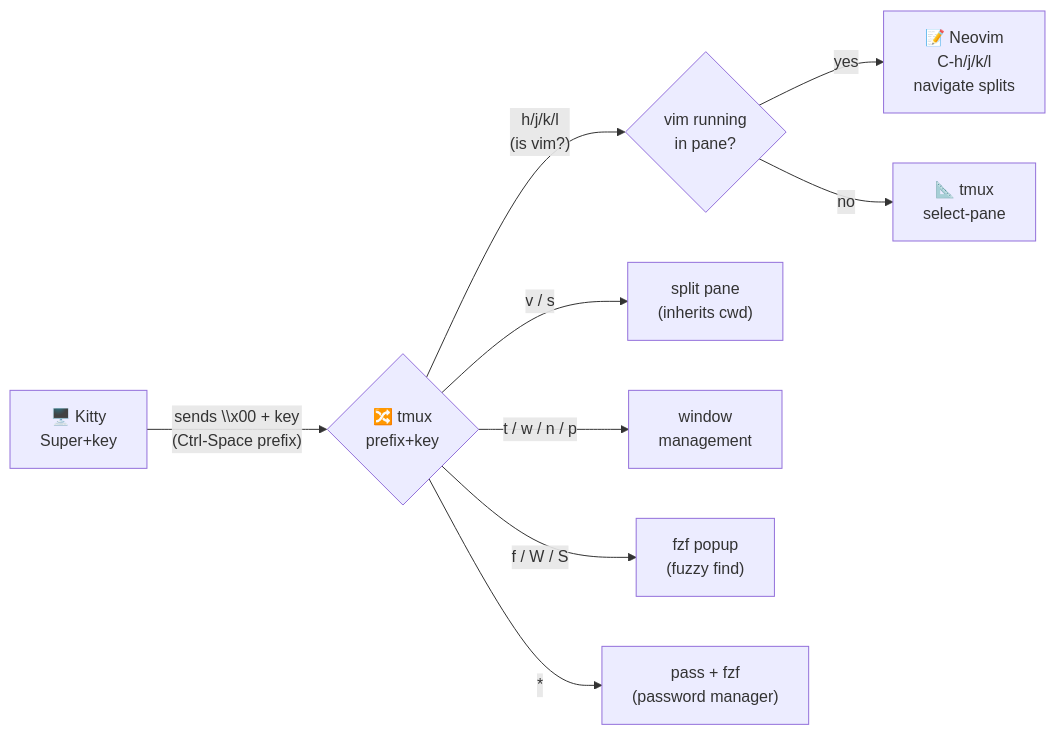
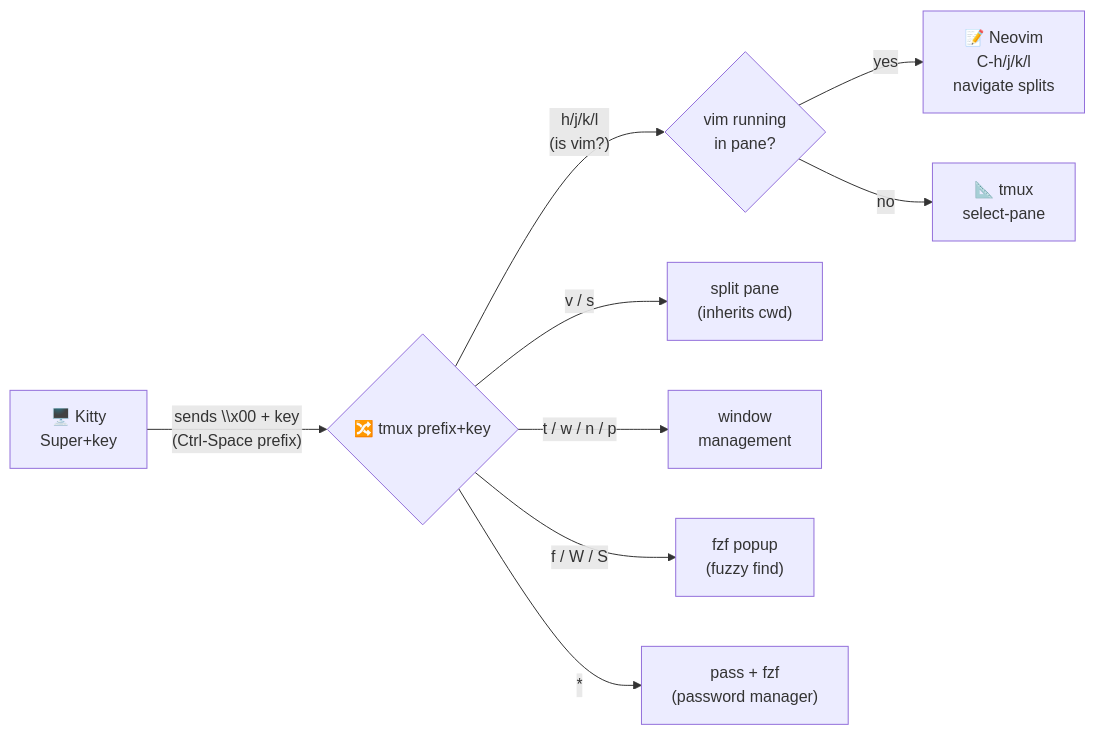
One commit to shaiknoorullah/tmux-config changed the diagram in README.md. Above: the diagram before and after it, drawn with Mermaid.

Commit message:
Fix formatting in README.md flowchart

````diff
--- a/README.md
+++ b/README.md
@@ -42,11 +42,11 @@
 ```mermaid
 flowchart LR
-    K["🖥️ Kitty\nSuper+key"] -- "sends \\x00 + key\n(Ctrl-Space prefix)" --> T{"🔀 tmux\nprefix+key"}
+    K["🖥️ Kitty\nSuper+key"] -- "sends \\x00 + key\n(Ctrl-Space prefix)" --> T{"🔀 tmux prefix+key"}
     T -- "h/j/k/l\n(is vim?)" --> Check{vim running\nin pane?}
     Check -- "yes" --> N["📝 Neovim\nC-h/j/k/l\nnavigate splits"]
     Check -- "no" --> P["📐 tmux\nselect-pane"]
     T -- "v / s" --> Split["split pane\n(inherits cwd)"]
     T -- "t / w / n / p" --> Win["window\nmanagement"]
     T -- "f / W / S" --> Fzf["fzf popup\n(fuzzy find)"]
     T -- "*" --> Pass["pass + fzf\n(password manager)"]
 ```
````
